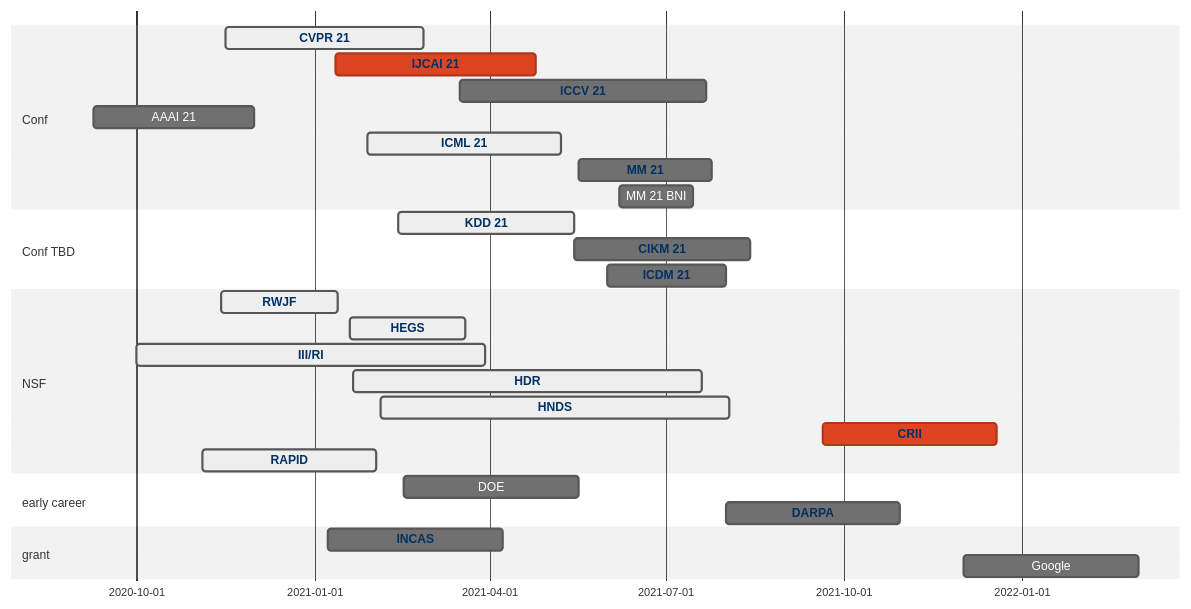
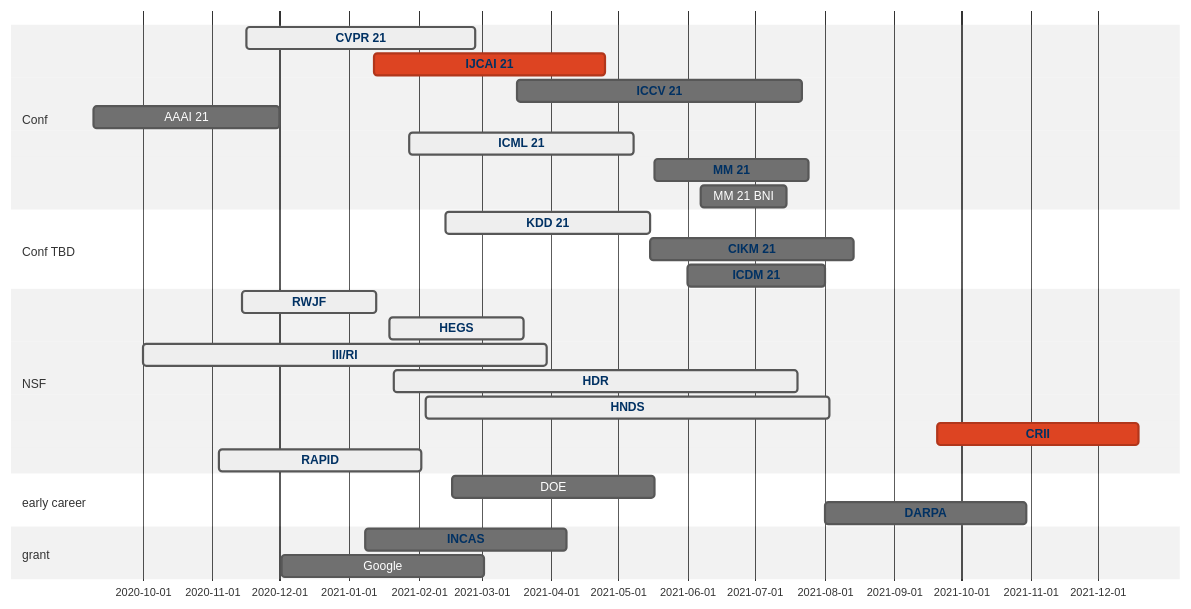
One commit to aquastar/academic-kickstart changed the diagram in content/post/conf/index.md. Above: the diagram before and after it, drawn with Mermaid (neutral theme).

````diff
--- a/content/post/conf/index.md
+++ b/content/post/conf/index.md
@@ -16,51 +16,51 @@
 ```mermaid
 gantt
   dateFormat  MM/DD/YY
   section Conf
     CVPR 21 :active, cvpr, 11/16/20, 02/26/21
     IJCAI 21 :crit, ijcai, 01/12/21, 04/25/21
     ICCV 21 :iccv, 03/17/21, 07/22/21
     AAAI 21 :aaai, 09/09/20, 12/01/20
     ICML 21:active, icml, 01/28/21, 05/08/21
 
     MM 21:mm, 05/17/21, 07/25/21
     MM 21 BNI:mmbni, 06/07/21, 07/15/21
   section Conf TBD
     KDD 21:active, kdd, 02/13/21, 05/15/21
     CIKM 21:cikm, 05/15/21, 08/14/21
     ICDM 21:icdm, 06/01/21, 08/01/21
   section NSF
     RWJF :active, rwjf, 11/14/20, 60d
     HEGS: active, hegs, 01/19/21, 60d
     III/RI: active, iis, 10/01/20, 180d
     HDR :active, hdr, 01/21/21, 180d
     HNDS :active, hnds, 02/04/21, 180d
     CRII :crit, crii, 09/20/21, 90d 
     RAPID:active, rapid, 11/04/20, 90d
   section early career
     DOE : doe, 02/16/21, 90d 
     DARPA: darpa, 08/01/21, 90d
   section grant
     INCAS: incas, 01/08/21, 90d
-    Google: google, 12/02/21, 90d
+    Google: google, 12/02/20, 90d
 
   click incas href "https://beta.sam.gov/opp/6bbca26d91df4eff96b4edfa2386c35f/view?keywords=incas&sort=-relevance&index=&is_active=true&page=1"
   click darpa href "https://www.darpa.mil/work-with-us/for-universities/young-faculty-award"
   click deo href "https://www.grants.gov/web/grants/search-grants.html"
   click cvpr href "http://cvpr2021.thecvf.com/"
   click iccv href "http://iccv2021.thecvf.com/"
   click icml href "https://icml.cc/Conferences/2021"
   click ijcai href "http://www.ijcai-21.org/"
   click kdd href "http://www.kdd.org/kdd2021"
   click www href "https://www2021.thewebconf.org/"
   click cikm href "https://www.cikm2021.org/"
   click icdm href "http://icdm2021.bigke.org"
   click mm href "https://2020.acmmm.org/index.html"
   click crii href "https://www.nsf.gov/funding/pgm_summ.jsp?pims_id=504952"
   click hdr href "https://www.nsf.gov/funding/pgm_summ.jsp?pims_id=505828&org=NSF&sel_org=CISE&from=fund"
   click hnds href "https://www.nsf.gov/funding/pgm_summ.jsp?pims_id=505702"
   click rwjf href "https://anr.rwjf.org/viewCfp.do?cfpId=1509&cfpOverviewId="
   click iis href "https://www.nsf.gov/funding/pgm_summ.jsp?pims_id=505667&org=NSF"
   click hegs href "https://www.nsf.gov/funding/pgm_summ.jsp?pims_id=505745&org=NSF&sel_org=NSF&from=fund"
   click rapid href "https://www.nsf.gov/news/special_reports/coronavirus/"
 ```
````
